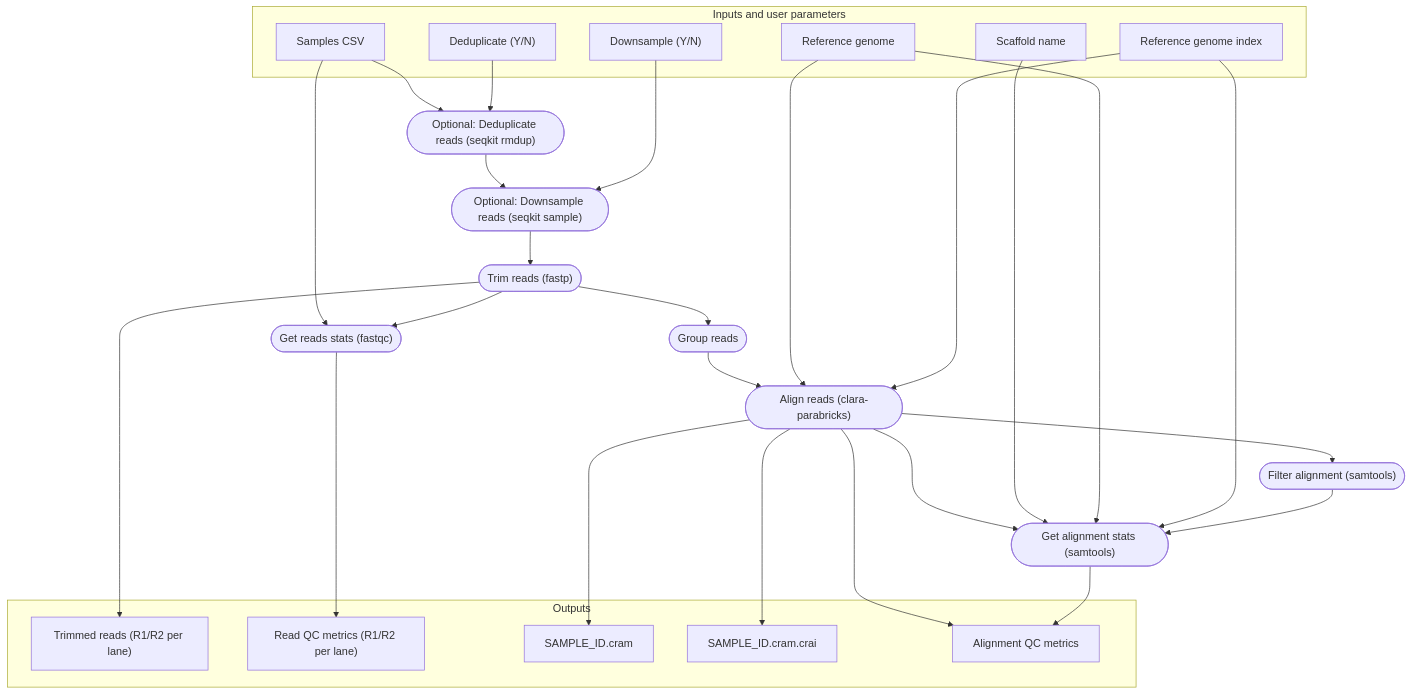
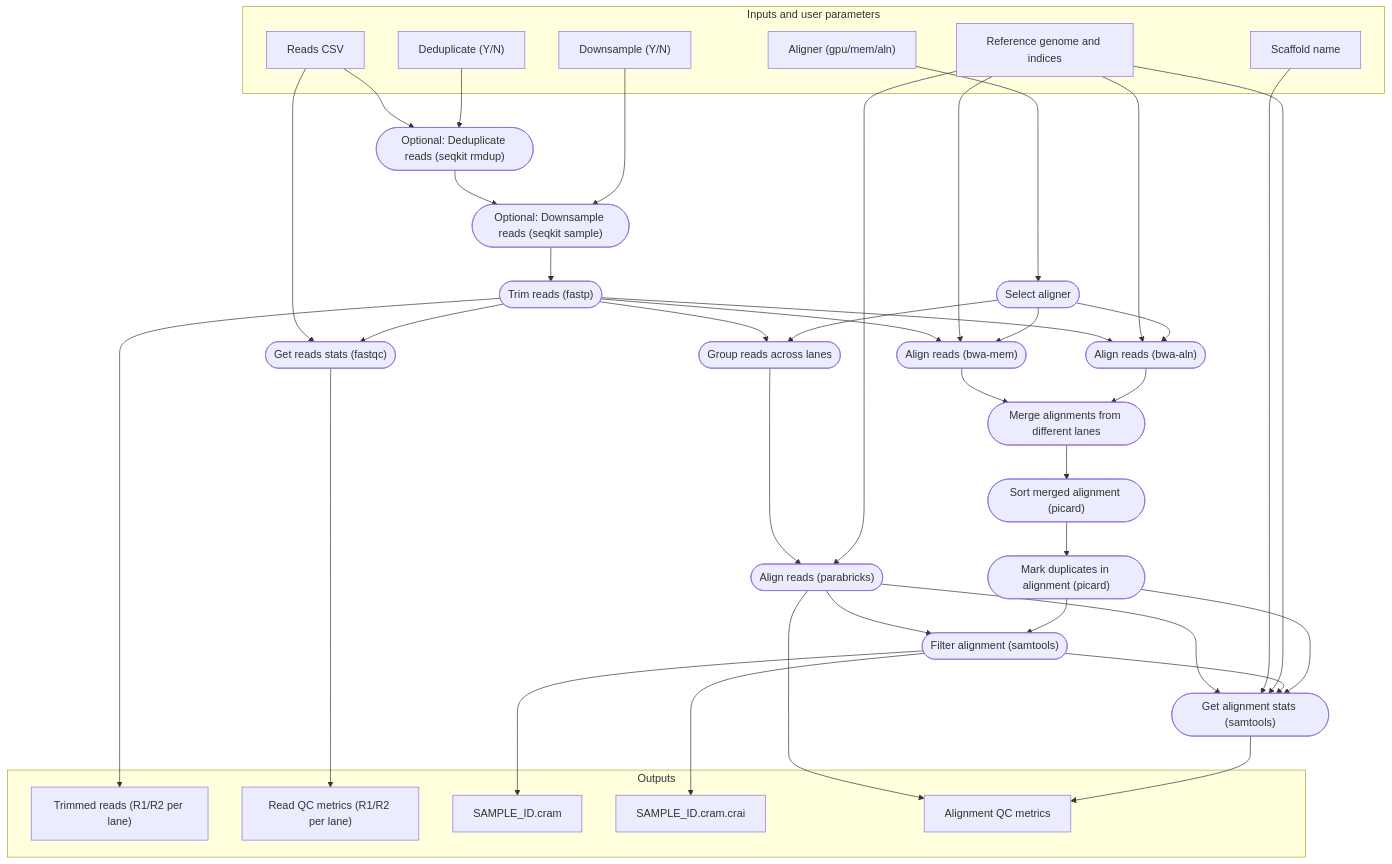
The first of 4 diagrams in README.md (EcoEvoGenomics/genotyping_pipeline), drawn with Mermaid before and after one commit. The commit also changed other lines of this file, not shown here.

````diff
--- a/README.md
+++ b/README.md
@@ -87,49 +87,67 @@
 ```mermaid
 flowchart TB
    subgraph "Inputs and user parameters"
-   v0["Samples CSV"]
+   v0["Reads CSV"]
    v7["Downsample (Y/N)"]
    v4["Deduplicate (Y/N)"]
-   v14["Reference genome"]
-   v15["Reference genome index"]
+   v14["Reference genome and indices"]
    v18["Scaffold name"]
+   v51["Aligner (gpu/mem/aln)"]
    end
    v2(["Get reads stats (fastqc)"])
    v5(["Optional: Deduplicate reads (seqkit rmdup)"])
    v8(["Optional: Downsample reads (seqkit sample)"])
    v10(["Trim reads (fastp)"])
-   v12(["Group reads"])
-   v16(["Align reads (clara-parabricks)"])
+   v12(["Group reads across lanes"])
+   v50(["Select aligner"])
+   v16(["Align reads (parabricks)"])
+   v48(["Align reads (bwa-mem)"])
+   v40(["Align reads (bwa-aln)"])
+   v43(["Merge alignments from different lanes"])
+   v45(["Sort merged alignment (picard)"])
+   v47(["Mark duplicates in alignment (picard)"])
    v19(["Get alignment stats (samtools)"])
    v25(["Filter alignment (samtools)"])
    v0 --> v2
    v0 --> v5
    v5 --> v8
    v8 --> v10
    v10 --> v2
    v10 --> v12
+   v10 --> v40
+   v10 --> v48
    v12 --> v16
    v14 --> v16
-   v15 --> v16
+   v14 --> v40
+   v14 --> v48
    v16 --> v19
    v16 --> v25
    v18 --> v19
    v14 --> v19
-   v15 --> v19
    v25 --> v19
    v4 --> v5
    v7 --> v8
    v10 --> v20
    v2 --> v21
-   v16 --> v22
-   v16 --> v23
+   v25 --> v22
+   v25 --> v23
    v16 --> v24
    v19 --> v24
+   v51 --> v50
+   v50 --> v12
+   v50 --> v48
+   v50 --> v40
+   v48 --> v43
+   v40 --> v43
+   v43 --> v45
+   v45 --> v47
+   v47 --> v19
+   v47 --> v25
    subgraph "Outputs"
    v20["Trimmed reads (R1/R2 per lane)"]
    v21["Read QC metrics (R1/R2 per lane)"]
    v22["SAMPLE_ID.cram"]
    v23["SAMPLE_ID.cram.crai"]
    v24["Alignment QC metrics"]
    end
 ```
````
